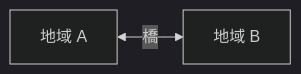
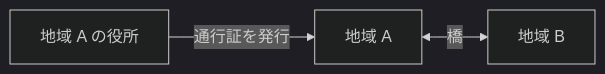
One commit to maco165/anime-guide changed the first of 2 diagrams in templates/world.md. Above: the diagram before and after it, drawn with Mermaid (dark theme). The commit also changed other lines of this file and 7 other files, not shown here.

````diff
--- a/templates/world.md
+++ b/templates/world.md
@@ -23,4 +51,5 @@
 ```mermaid
 flowchart LR
     A["地域 A"] <-->|橋| B["地域 B"]
+    C["地域 A の役所"] -->|通行証を発行| A
 ```
````
